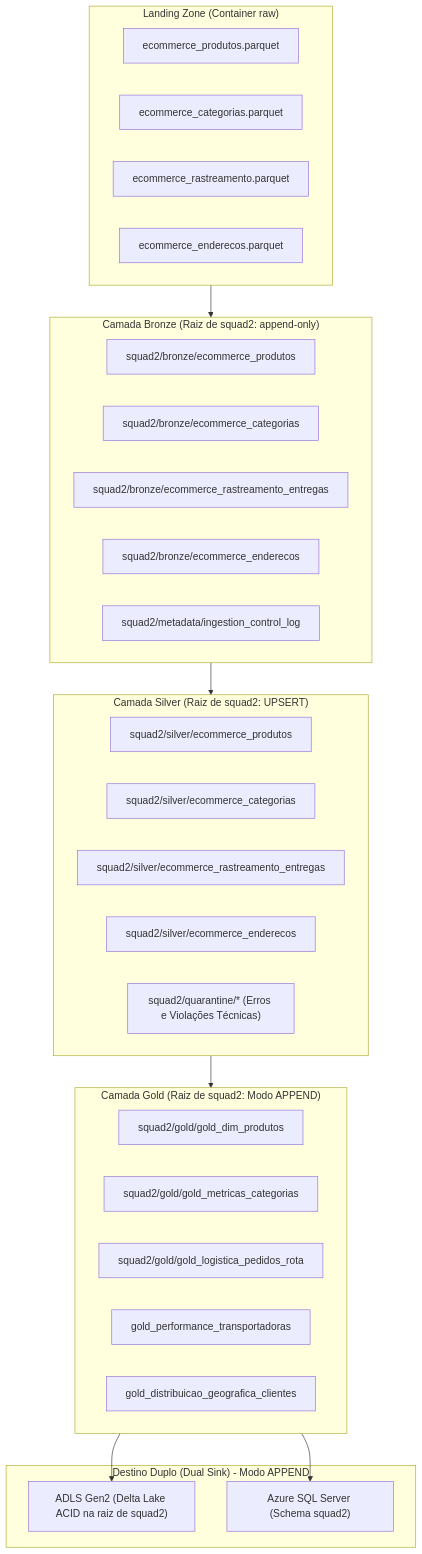
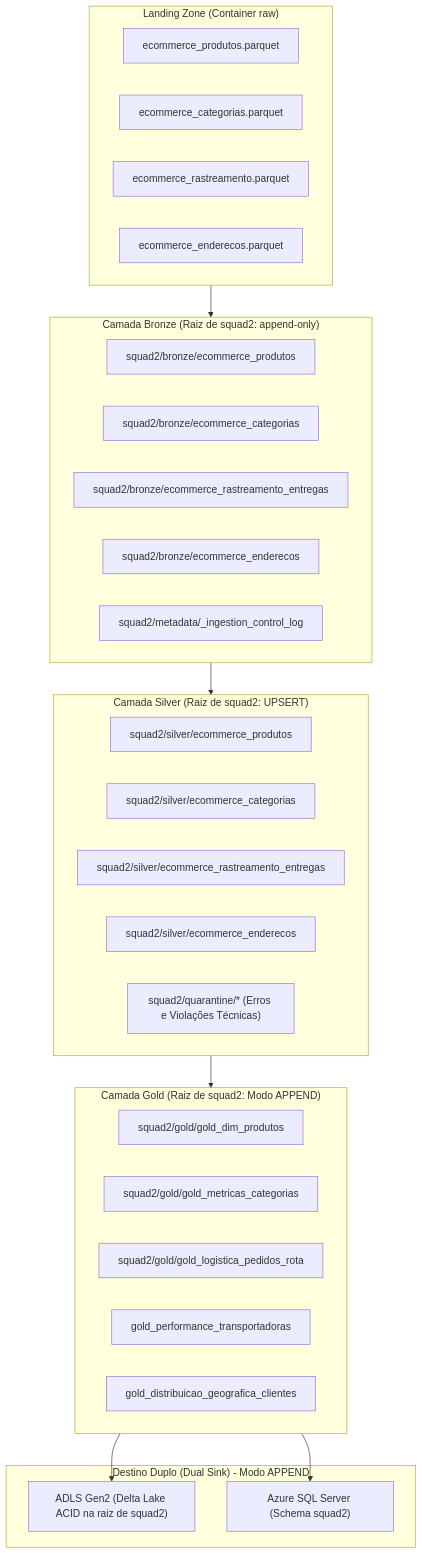
Before and after one commit to GeovanyADCancio/estagio-empregadados-turma-2: the diagram in squad2/README.md, drawn with Mermaid. The commit also changed 2 other files, not shown here.

Commit message:
fix(squad2): prefixar tabela de controle com underscore (_ingestion_control_log) para evitar sobreescrita acidental

````diff
--- a/squad2/README.md
+++ b/squad2/README.md
@@ -33,44 +33,44 @@
 ```mermaid
 flowchart TD
     subgraph RAW ["Landing Zone (Container raw)"]
         R1["ecommerce_produtos.parquet"]
         R2["ecommerce_categorias.parquet"]
         R3["ecommerce_rastreamento.parquet"]
         R4["ecommerce_enderecos.parquet"]
     end
 
     subgraph BRONZE ["Camada Bronze (Raiz de squad2: append-only)"]
         B1["squad2/bronze/ecommerce_produtos"]
         B2["squad2/bronze/ecommerce_categorias"]
         B3["squad2/bronze/ecommerce_rastreamento_entregas"]
         B4["squad2/bronze/ecommerce_enderecos"]
-        B_CTRL["squad2/metadata/ingestion_control_log"]
+        B_CTRL["squad2/metadata/_ingestion_control_log"]
     end
 
     subgraph SILVER ["Camada Silver (Raiz de squad2: UPSERT)"]
         S1["squad2/silver/ecommerce_produtos"]
         S2["squad2/silver/ecommerce_categorias"]
         S3["squad2/silver/ecommerce_rastreamento_entregas"]
         S4["squad2/silver/ecommerce_enderecos"]
         Q["squad2/quarantine/* (Erros e Violações Técnicas)"]
     end
 
     subgraph GOLD ["Camada Gold (Raiz de squad2: Modo APPEND)"]
         G1["squad2/gold/gold_dim_produtos"]
         G2["squad2/gold/gold_metricas_categorias"]
         G3["squad2/gold/gold_logistica_pedidos_rota"]
         G4["gold_performance_transportadoras"]
         G5["gold_distribuicao_geografica_clientes"]
     end
 
     subgraph DESTINOS ["Destino Duplo (Dual Sink) - Modo APPEND"]
         D_LAKE["ADLS Gen2 (Delta Lake ACID na raiz de squad2)"]
         D_SQL["Azure SQL Server (Schema squad2)"]
     end
 
     RAW --> BRONZE
     BRONZE --> SILVER
     SILVER --> GOLD
     GOLD --> D_LAKE
     GOLD --> D_SQL
 ```
````
